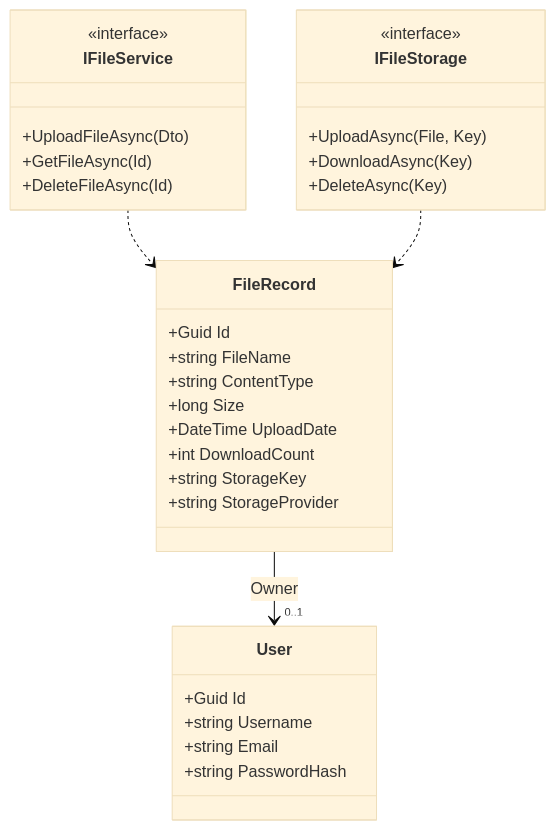
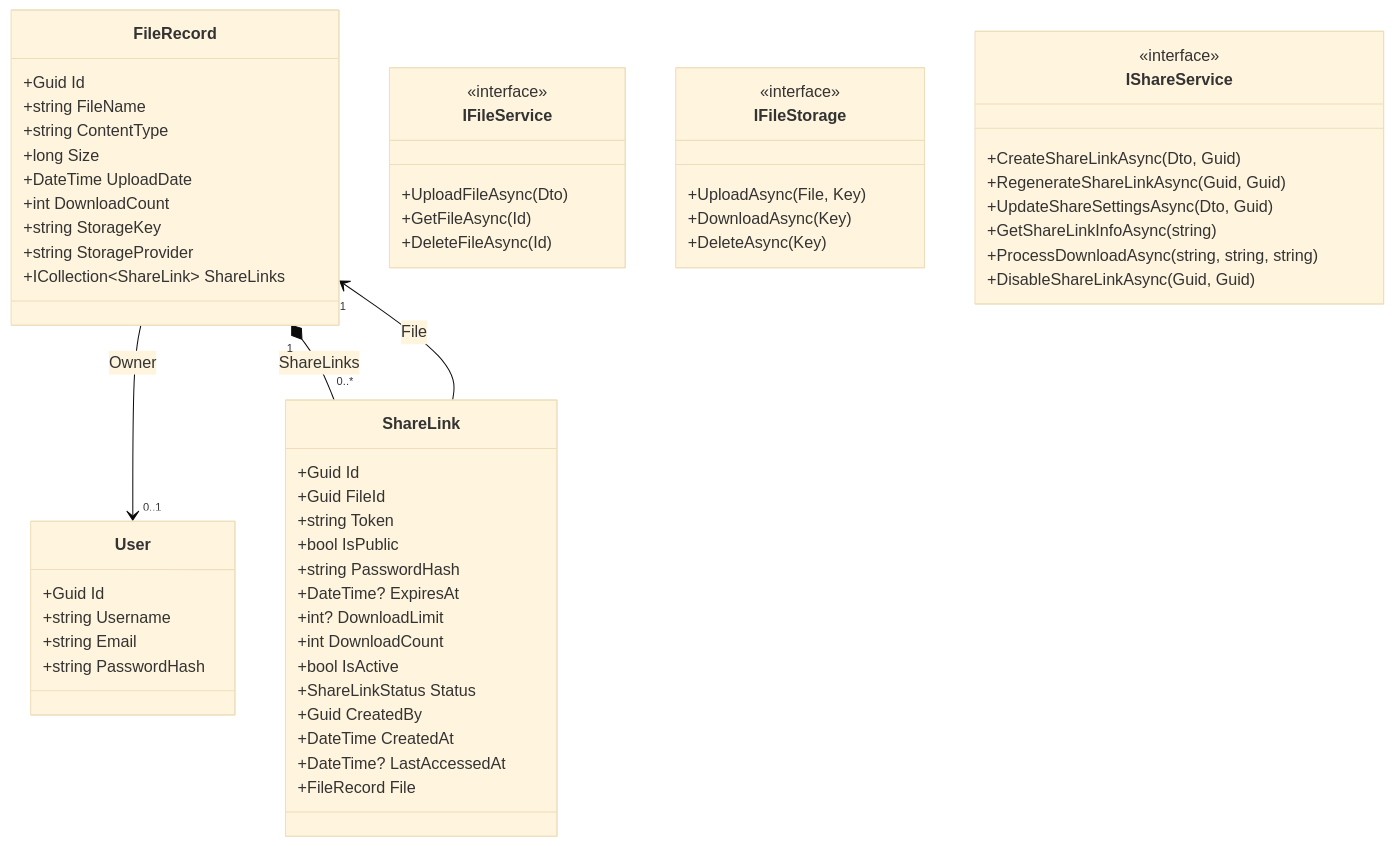
The diagram in README.md (DeepPatel4505/Vaultix), drawn with Mermaid (base theme) before and after one commit. The commit also changed other lines of this file and 1 other file, not shown here.

Commit message:
feat: enhance README with detailed secure file sharing features and UI improvements

````diff
--- a/README.md
+++ b/README.md
@@ -68,39 +79,66 @@
 ```mermaid
 classDiagram
   class FileRecord {
     +Guid Id
     +string FileName
     +string ContentType
     +long Size
     +DateTime UploadDate
     +int DownloadCount
     +string StorageKey
     +string StorageProvider
+    +ICollection~ShareLink~ ShareLinks
   }
   
   class User {
     +Guid Id
     +string Username
     +string Email
     +string PasswordHash
   }
 
+  class ShareLink {
+    +Guid Id
+    +Guid FileId
+    +string Token
+    +bool IsPublic
+    +string PasswordHash
+    +DateTime? ExpiresAt
+    +int? DownloadLimit
+    +int DownloadCount
+    +bool IsActive
+    +ShareLinkStatus Status
+    +Guid CreatedBy
+    +DateTime CreatedAt
+    +DateTime? LastAccessedAt
+    +FileRecord File
+  }
+
   FileRecord --> "0..1" User : Owner
+  ShareLink --> "1" FileRecord : File
+  FileRecord "1" *-- "0..*" ShareLink : ShareLinks
   
   class IFileService {
     <<interface>>
     +UploadFileAsync(Dto)
     +GetFileAsync(Id)
     +DeleteFileAsync(Id)
   }
   
   class IFileStorage {
     <<interface>>
     +UploadAsync(File, Key)
     +DownloadAsync(Key)
     +DeleteAsync(Key)
   }
-  
-  IFileService ..> FileRecord
-  IFileStorage ..> FileRecord
+
+  class IShareService {
+    <<interface>>
+    +CreateShareLinkAsync(Dto, Guid)
+    +RegenerateShareLinkAsync(Guid, Guid)
+    +UpdateShareSettingsAsync(Dto, Guid)
+    +GetShareLinkInfoAsync(string)
+    +ProcessDownloadAsync(string, string, string)
+    +DisableShareLinkAsync(Guid, Guid)
+  }
 ```
````
